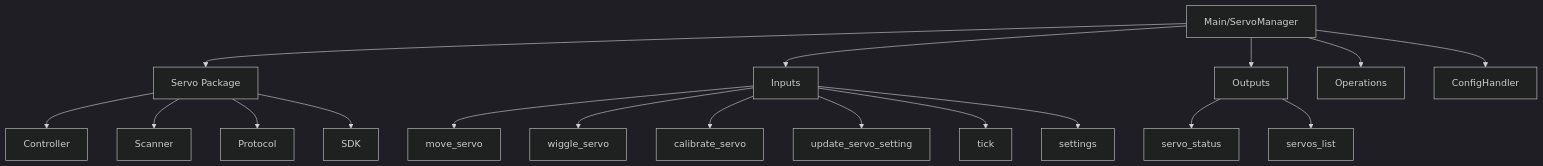
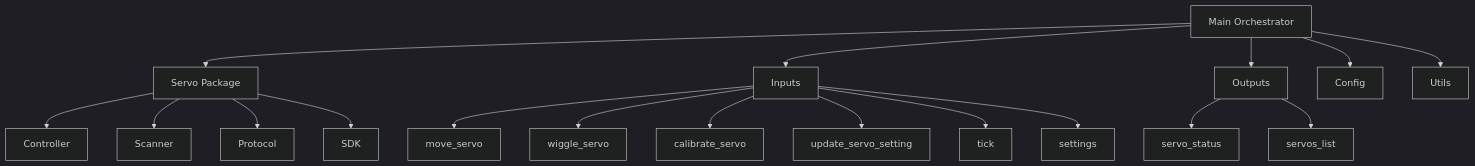
The diagram in nodes/waveshare_servo/README.md (mneuhaus/wall-e-dora), drawn with Mermaid (dark theme) before and after one commit. The commit also changed other lines of this file and 12 other files, not shown here.

First line of the commit message:
refactor: Improve waveshare_servo node architecture

````diff
--- a/nodes/waveshare_servo/README.md
+++ b/nodes/waveshare_servo/README.md
@@ -9,20 +9,20 @@
 ```mermaid
 graph TD
-    A[Main/ServoManager] --> B[Servo Package]
+    A[Main Orchestrator] --> B[Servo Package]
     B --> B1[Controller]
     B --> B2[Scanner]
     B --> B3[Protocol]
     B --> B4[SDK]
     A --> C[Inputs]
     C --> C1[move_servo]
     C --> C2[wiggle_servo]
     C --> C3[calibrate_servo]
     C --> C4[update_servo_setting]
     C --> C5[tick]
     C --> C6[settings]
     A --> D[Outputs]
     D --> D1[servo_status]
     D --> D2[servos_list]
-    A --> E[Operations]
-    A --> F[ConfigHandler]
+    A --> E[Config]
+    A --> F[Utils]
 ```
````
